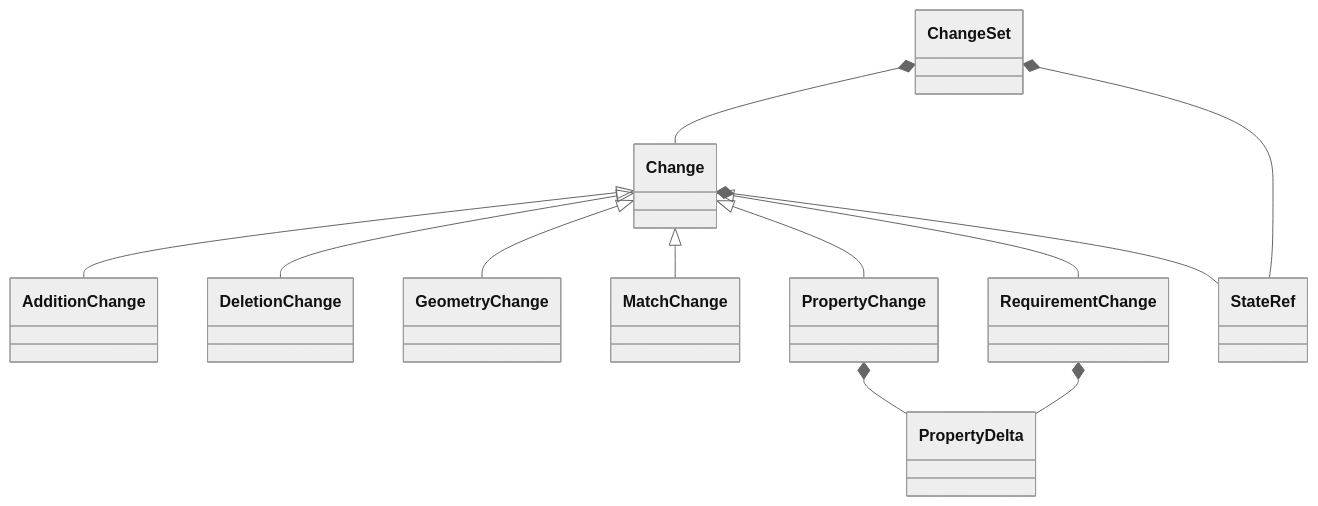
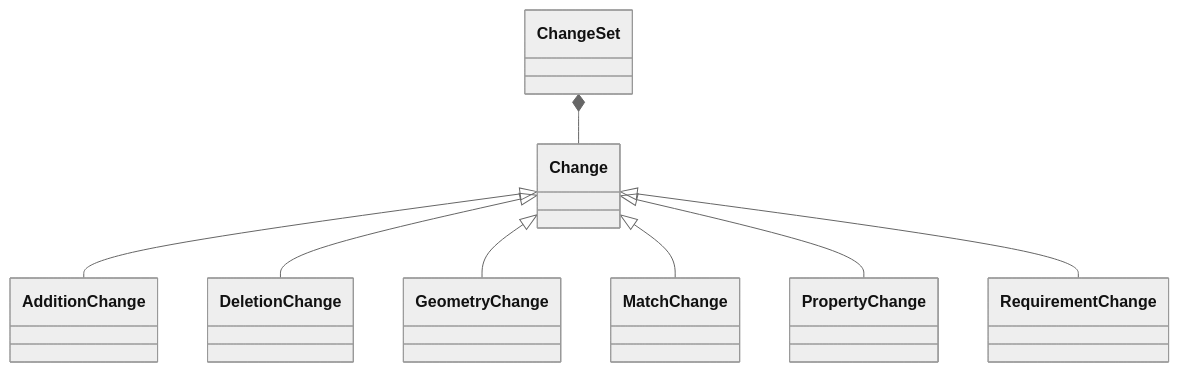
The fourth of 4 diagrams in site/schema/pragmatic-bim.docs.md (simondilhas/pragmatic-bim-schema), drawn with Mermaid (neutral theme) before and after one commit. The commit also changed other lines of this file and 443 other files, not shown here.

```diff
--- a/site/schema/pragmatic-bim.docs.md
+++ b/site/schema/pragmatic-bim.docs.md
@@ -83,15 +77,11 @@
 <pre class="mermaid">
 classDiagram
   direction TB
   Change <|-- AdditionChange
   Change <|-- DeletionChange
   Change <|-- GeometryChange
   Change <|-- MatchChange
   Change <|-- PropertyChange
   Change <|-- RequirementChange
   ChangeSet *-- Change
-  PropertyChange *-- PropertyDelta
-  RequirementChange *-- PropertyDelta
-  Change *-- StateRef
-  ChangeSet *-- StateRef
 </pre>
```
